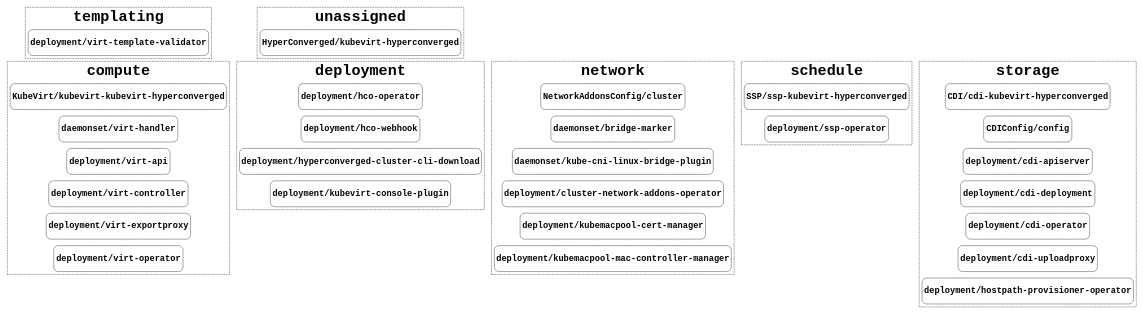
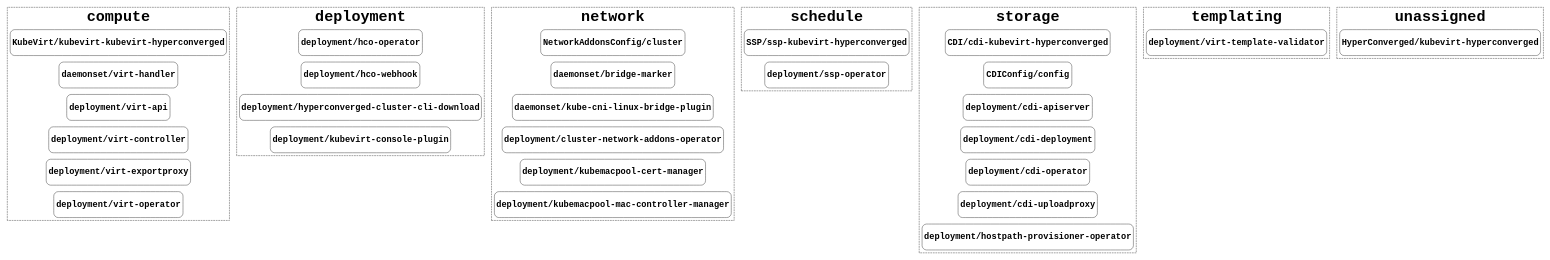
One commit to kubevirt/kubevirt changed the diagram in docs/component.gv. Above: the diagram before and after it, drawn with Graphviz. The commit also changed 2 other files, not shown here.

Commit message:
Update component graphs from the nightly job (#2385)

```diff
--- a/docs/component.gv
+++ b/docs/component.gv
@@ -1,58 +1,59 @@
 digraph component {
 	graph [rankdir=LR]
 	node [fontname="Courier-Bold" fontsize=24 height=1 shape=box style=rounded width=3]
 	subgraph cluster_compute {
 		fontname="Courier-Bold" fontsize=42 group=compute label=compute rank=same style=dashed
 		"KubeVirt/kubevirt-kubevirt-hyperconverged" [label="KubeVirt/kubevirt-kubevirt-hyperconverged"]
 		"daemonset/virt-handler" [label="daemonset/virt-handler"]
 		"deployment/virt-api" [label="deployment/virt-api"]
 		"deployment/virt-controller" [label="deployment/virt-controller"]
 		"deployment/virt-exportproxy" [label="deployment/virt-exportproxy"]
 		"deployment/virt-operator" [label="deployment/virt-operator"]
 	}
 	subgraph cluster_deployment {
 		fontname="Courier-Bold" fontsize=42 group=deployment label=deployment rank=same style=dashed
 		"deployment/hco-operator" [label="deployment/hco-operator"]
 		"deployment/hco-webhook" [label="deployment/hco-webhook"]
 		"deployment/hyperconverged-cluster-cli-download" [label="deployment/hyperconverged-cluster-cli-download"]
 		"deployment/kubevirt-console-plugin" [label="deployment/kubevirt-console-plugin"]
 	}
 	subgraph cluster_network {
 		fontname="Courier-Bold" fontsize=42 group=network label=network rank=same style=dashed
 		"NetworkAddonsConfig/cluster" [label="NetworkAddonsConfig/cluster"]
 		"daemonset/bridge-marker" [label="daemonset/bridge-marker"]
 		"daemonset/kube-cni-linux-bridge-plugin" [label="daemonset/kube-cni-linux-bridge-plugin"]
 		"deployment/cluster-network-addons-operator" [label="deployment/cluster-network-addons-operator"]
 		"deployment/kubemacpool-cert-manager" [label="deployment/kubemacpool-cert-manager"]
 		"deployment/kubemacpool-mac-controller-manager" [label="deployment/kubemacpool-mac-controller-manager"]
 	}
 	subgraph cluster_schedule {
 		fontname="Courier-Bold" fontsize=42 group=schedule label=schedule rank=same style=dashed
 		"SSP/ssp-kubevirt-hyperconverged" [label="SSP/ssp-kubevirt-hyperconverged"]
 		"deployment/ssp-operator" [label="deployment/ssp-operator"]
 	}
 	subgraph cluster_storage {
 		fontname="Courier-Bold" fontsize=42 group=storage label=storage rank=same style=dashed
 		"CDI/cdi-kubevirt-hyperconverged" [label="CDI/cdi-kubevirt-hyperconverged"]
 		"CDIConfig/config" [label="CDIConfig/config"]
 		"deployment/cdi-apiserver" [label="deployment/cdi-apiserver"]
 		"deployment/cdi-deployment" [label="deployment/cdi-deployment"]
 		"deployment/cdi-operator" [label="deployment/cdi-operator"]
 		"deployment/cdi-uploadproxy" [label="deployment/cdi-uploadproxy"]
 		"deployment/hostpath-provisioner-operator" [label="deployment/hostpath-provisioner-operator"]
 	}
 	subgraph cluster_templating {
 		fontname="Courier-Bold" fontsize=42 group=templating label=templating rank=same style=dashed
 		"deployment/virt-template-validator" [label="deployment/virt-template-validator"]
 	}
 	subgraph cluster_unassigned {
 		fontname="Courier-Bold" fontsize=42 group=unassigned label=unassigned rank=same style=dashed
 		"HyperConverged/kubevirt-hyperconverged" [label="HyperConverged/kubevirt-hyperconverged"]
 	}
 	edge [style=invis]
 	"KubeVirt/kubevirt-kubevirt-hyperconverged" -> "deployment/hco-operator"
 	"deployment/hco-operator" -> "NetworkAddonsConfig/cluster"
 	"NetworkAddonsConfig/cluster" -> "SSP/ssp-kubevirt-hyperconverged"
 	"SSP/ssp-kubevirt-hyperconverged" -> "CDI/cdi-kubevirt-hyperconverged"
+	"CDI/cdi-kubevirt-hyperconverged" -> "deployment/virt-template-validator"
 	"deployment/virt-template-validator" -> "HyperConverged/kubevirt-hyperconverged"
 }
```
